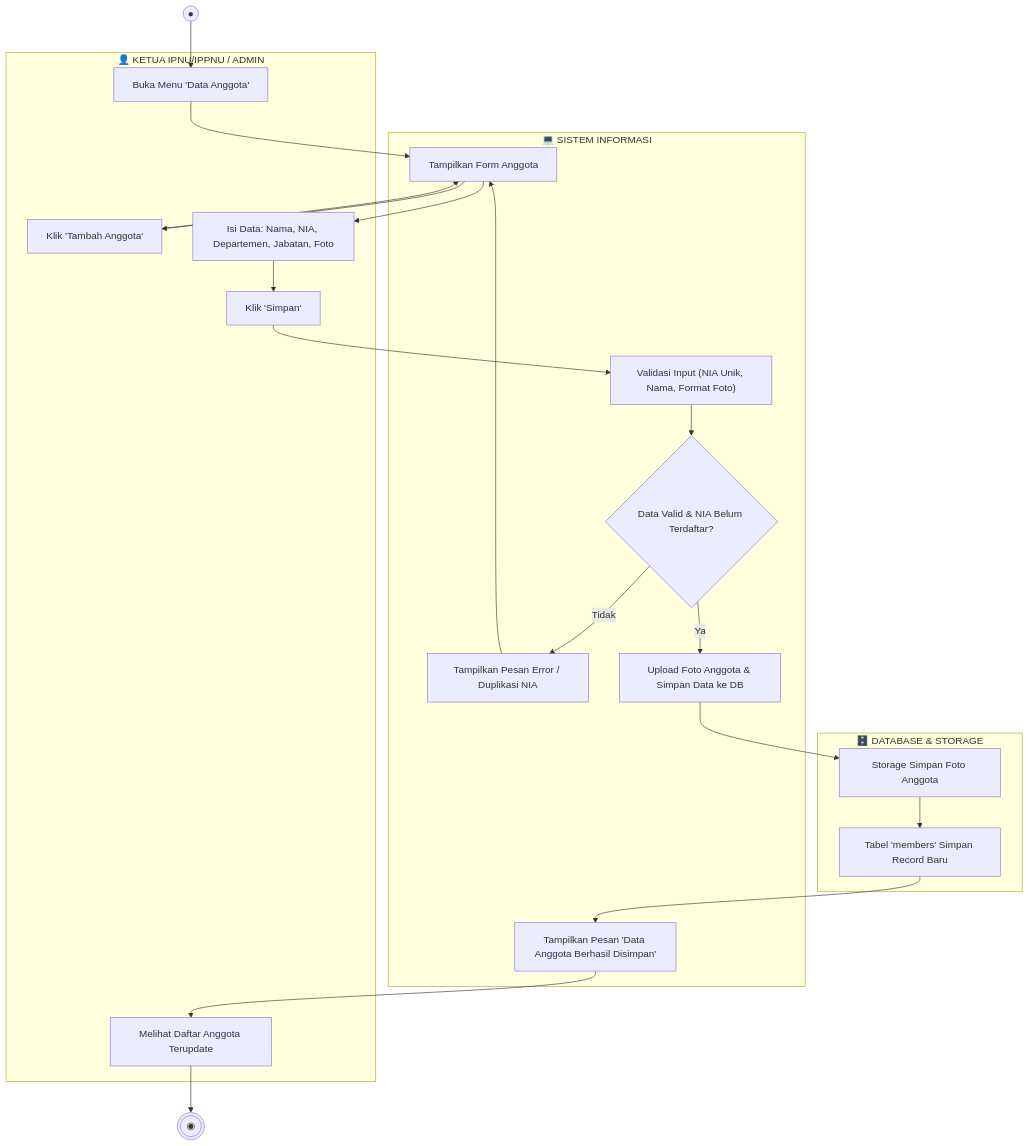
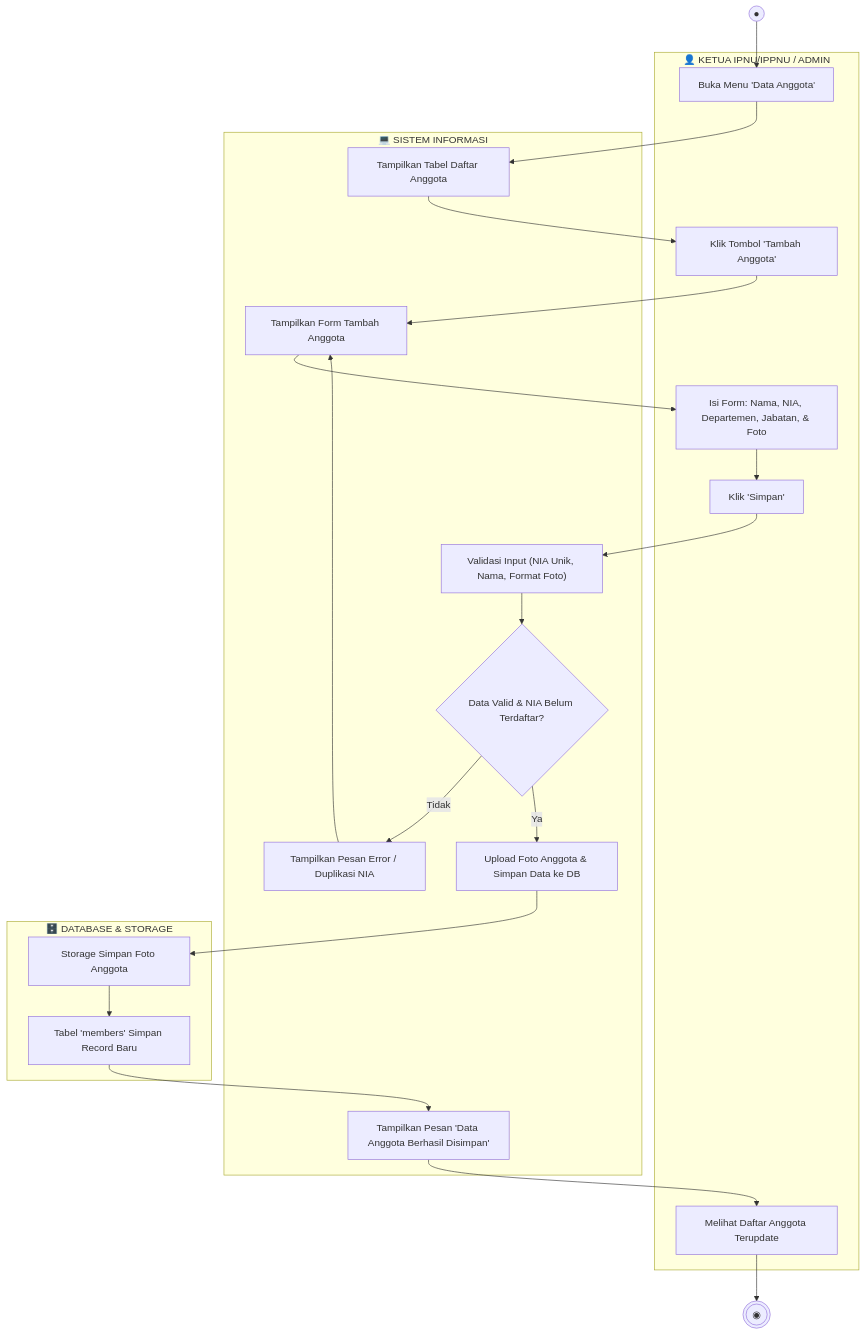
The sixth of 7 diagrams in ACTIVITY_DIAGRAM.md (rizalmhmd/pk-ipnu-ippnu), drawn with Mermaid before and after one commit. The commit also changed other lines of this file and 13 other files, not shown here.

````diff
--- a/ACTIVITY_DIAGRAM.md
+++ b/ACTIVITY_DIAGRAM.md
@@ -207,31 +216,32 @@
 ```mermaid
 flowchart TD
     Start((●))
     EndNode(((◉)))
 
     subgraph KetuaAnggota["👤 KETUA IPNU/IPPNU / ADMIN"]
         M1["Buka Menu 'Data Anggota'"]
-        M2["Klik 'Tambah Anggota'"]
-        M3["Isi Data: Nama, NIA, Departemen, Jabatan, Foto"]
+        M2["Klik Tombol 'Tambah Anggota'"]
+        M3["Isi Form: Nama, NIA, Departemen, Jabatan, & Foto"]
         M4["Klik 'Simpan'"]
         M5["Melihat Daftar Anggota Terupdate"]
     end
 
     subgraph SistemAnggota["💻 SISTEM INFORMASI"]
-        SM1["Tampilkan Form Anggota"]
-        SM2["Validasi Input (NIA Unik, Nama, Format Foto)"]
-        SM3{"Data Valid & NIA Belum Terdaftar?"}
-        SM4["Tampilkan Pesan Error / Duplikasi NIA"]
-        SM5["Upload Foto Anggota & Simpan Data ke DB"]
-        SM6["Tampilkan Pesan 'Data Anggota Berhasil Disimpan'"]
+        SM1["Tampilkan Tabel Daftar Anggota"]
+        SM2["Tampilkan Form Tambah Anggota"]
+        SM3["Validasi Input (NIA Unik, Nama, Format Foto)"]
+        SM4{"Data Valid & NIA Belum Terdaftar?"}
+        SM5["Tampilkan Pesan Error / Duplikasi NIA"]
+        SM6["Upload Foto Anggota & Simpan Data ke DB"]
+        SM7["Tampilkan Pesan 'Data Anggota Berhasil Disimpan'"]
     end
 
     subgraph DBAnggota["🗄️ DATABASE & STORAGE"]
         DM1["Storage Simpan Foto Anggota"]
         DM2["Tabel 'members' Simpan Record Baru"]
     end
 
-    Start --> M1 --> SM1 --> M2 --> SM1 --> M3 --> M4 --> SM2 --> SM3
-    SM3 -- "Tidak" --> SM4 --> SM1
-    SM3 -- "Ya" --> SM5 --> DM1 --> DM2 --> SM6 --> M5 --> EndNode
+    Start --> M1 --> SM1 --> M2 --> SM2 --> M3 --> M4 --> SM3 --> SM4
+    SM4 -- "Tidak" --> SM5 --> SM2
+    SM4 -- "Ya" --> SM6 --> DM1 --> DM2 --> SM7 --> M5 --> EndNode
 ```
````
